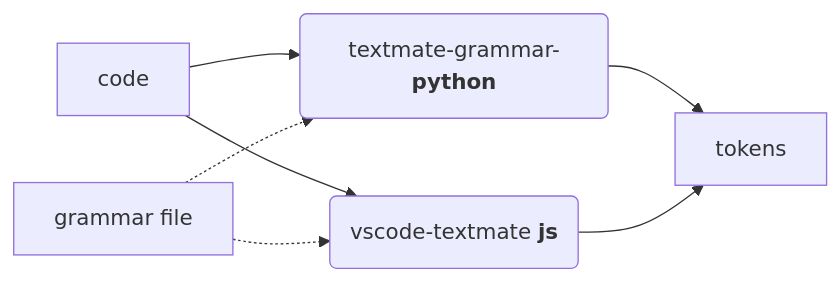
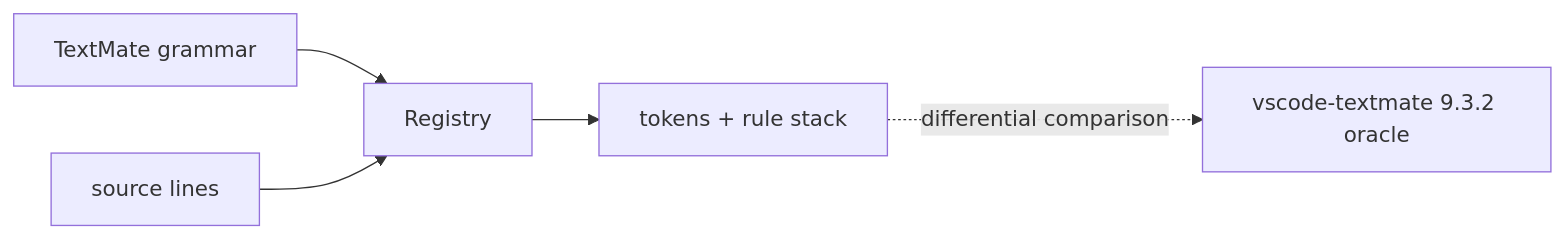
One commit to watermarkhu/textmate-grammar-python changed the diagram in docs/index.md. Above: the diagram before and after it, drawn with Mermaid. The commit also changed other lines of this file and 15 other files, not shown here.

````diff
--- a/docs/index.md
+++ b/docs/index.md
@@ -13,15 +13,8 @@
 ```{mermaid}
 flowchart LR
-    G[grammar file] 
-    C[code]
-    PY("`textmate-grammar-**python**`")
-    JS("`vscode-textmate **js**`")
-    T[tokens]
-    click JS "https://github.com/microsoft/vscode-textmate"
-    C --> PY
-    C --> JS
-    G -.-> PY
-    G -.-> JS
-    PY --> T
-    JS --> T
+    G[TextMate grammar] --> R[Registry]
+    C[source lines] --> R
+    R --> T[tokens + rule stack]
+    T -. differential comparison .-> O[vscode-textmate 9.3.2 oracle]
+    click O "https://github.com/microsoft/vscode-textmate"
 ```
````
